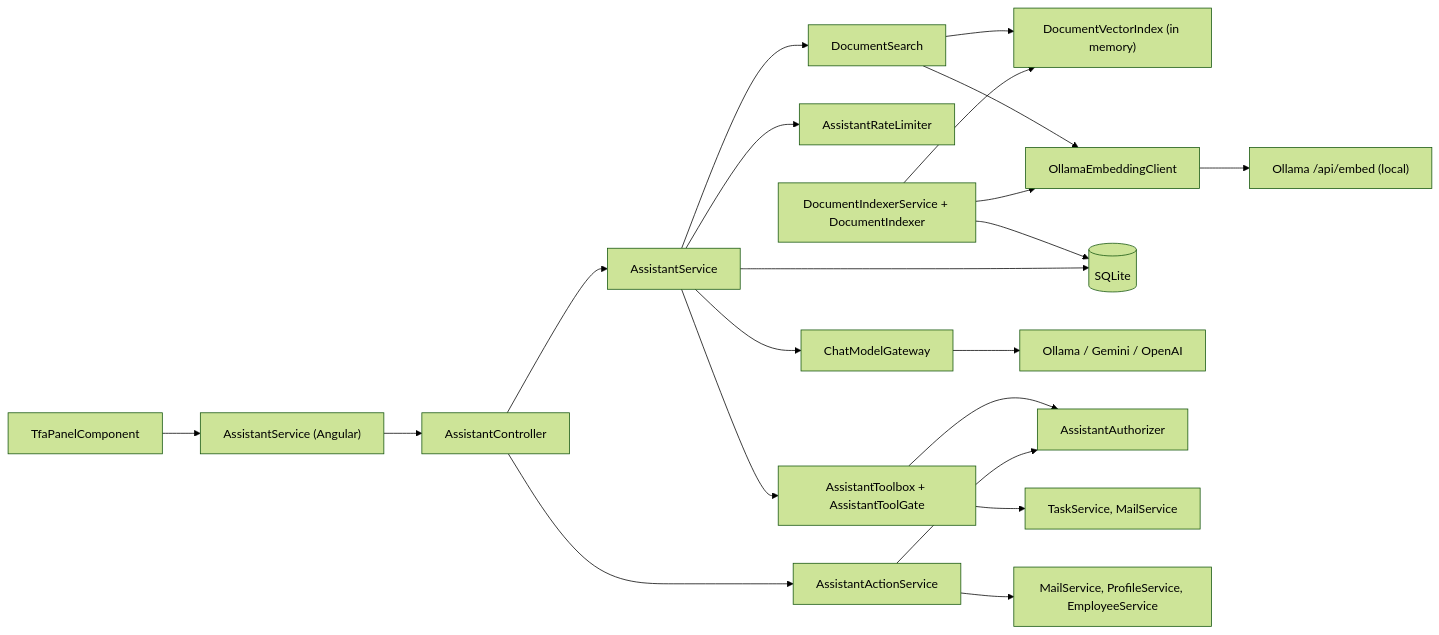
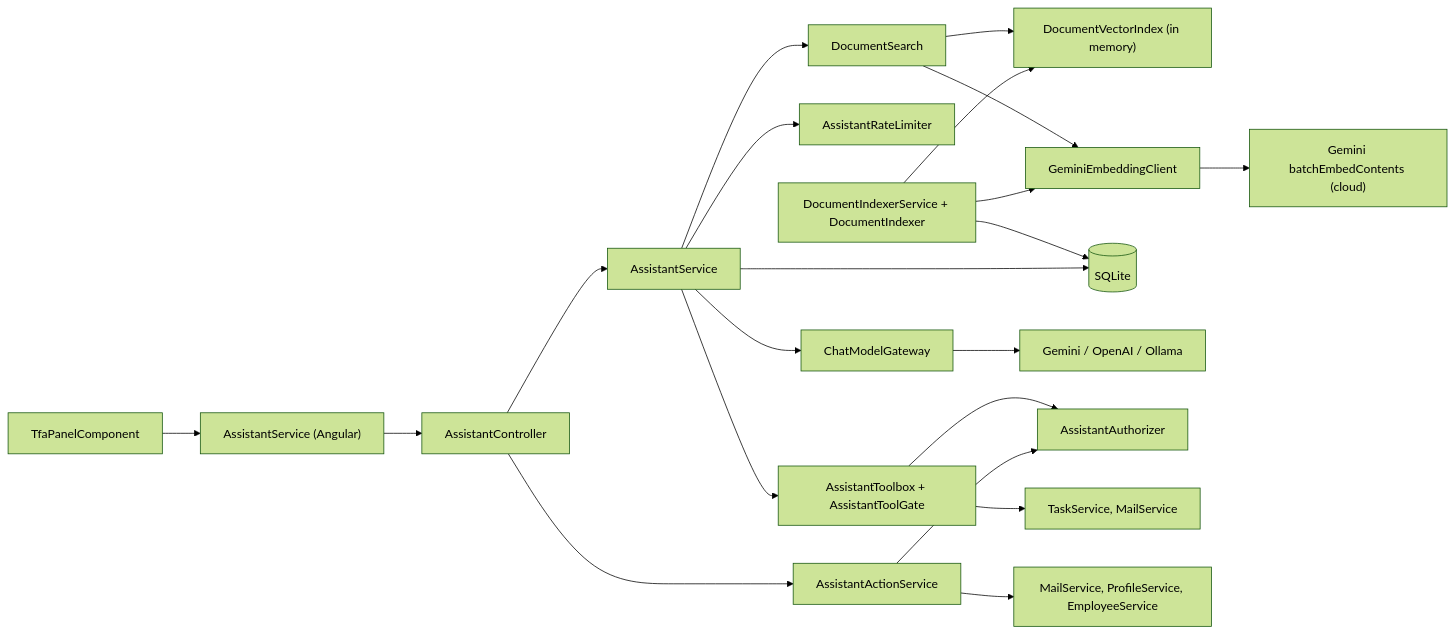
Before and after one commit to jojogeorge3344/TaskFlow-Project: diagram 12 of 16 in TF - Documents/TF - TDD/TDD-TaskFlow.md, drawn with Mermaid (forest theme). The commit also changed other lines of this file and 65 other files, not shown here.

First line of the commit message:
feat(tfa): make Google Gemini the default chat provider and document embedding engine

````diff
--- a/TF - Documents/TF - TDD/TDD-TaskFlow.md
+++ b/TF - Documents/TF - TDD/TDD-TaskFlow.md
@@ -2575,23 +2575,23 @@
 ```mermaid
 flowchart LR
   UI["TfaPanelComponent"] --> FS["AssistantService (Angular)"]
   FS --> CTRL["AssistantController"]
   CTRL --> CHAT["AssistantService"]
   CTRL --> ACT["AssistantActionService"]
   CHAT --> RL["AssistantRateLimiter"]
   CHAT --> DS["DocumentSearch"]
   DS --> VI["DocumentVectorIndex (in memory)"]
-  DS --> EM["OllamaEmbeddingClient"]
-  EM --> OL["Ollama /api/embed (local)"]
+  DS --> EM["GeminiEmbeddingClient"]
+  EM --> OL["Gemini batchEmbedContents (cloud)"]
   IX["DocumentIndexerService + DocumentIndexer"] --> EM
   IX --> VI
   IX --> DB
   CHAT --> TB["AssistantToolbox + AssistantToolGate"]
   CHAT --> GW["ChatModelGateway"]
-  GW --> PR["Ollama / Gemini / OpenAI"]
+  GW --> PR["Gemini / OpenAI / Ollama"]
   TB --> AZ["AssistantAuthorizer"]
   TB --> OS["TaskService, MailService"]
   ACT --> AZ
   ACT --> EX["MailService, ProfileService, EmployeeService"]
   CHAT --> DB[("SQLite")]
 ```
````
